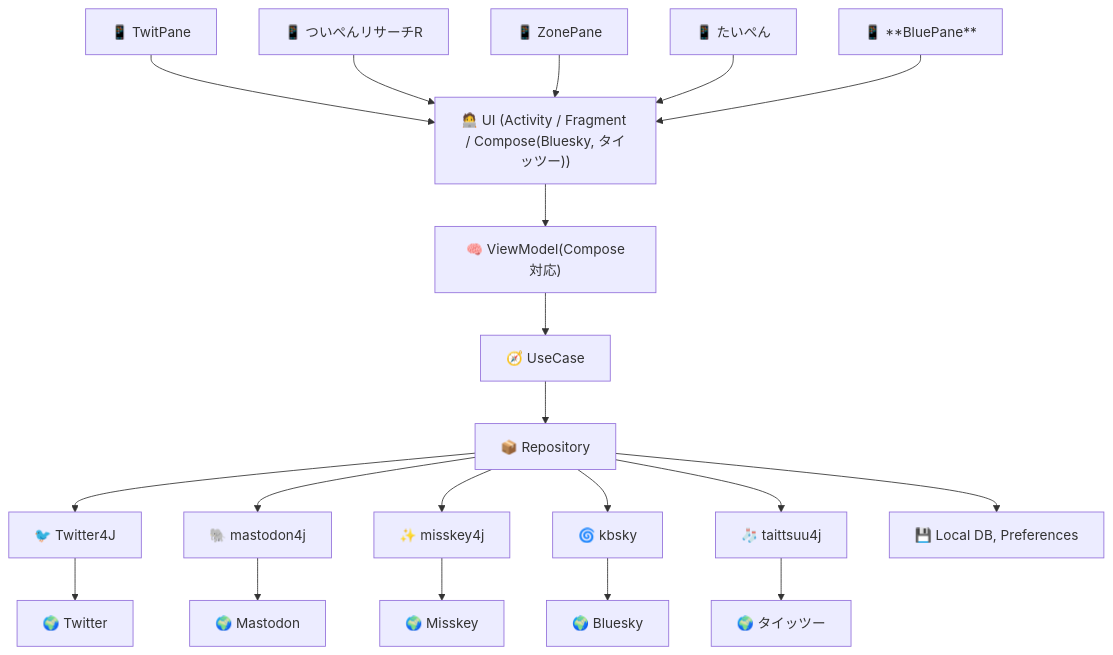
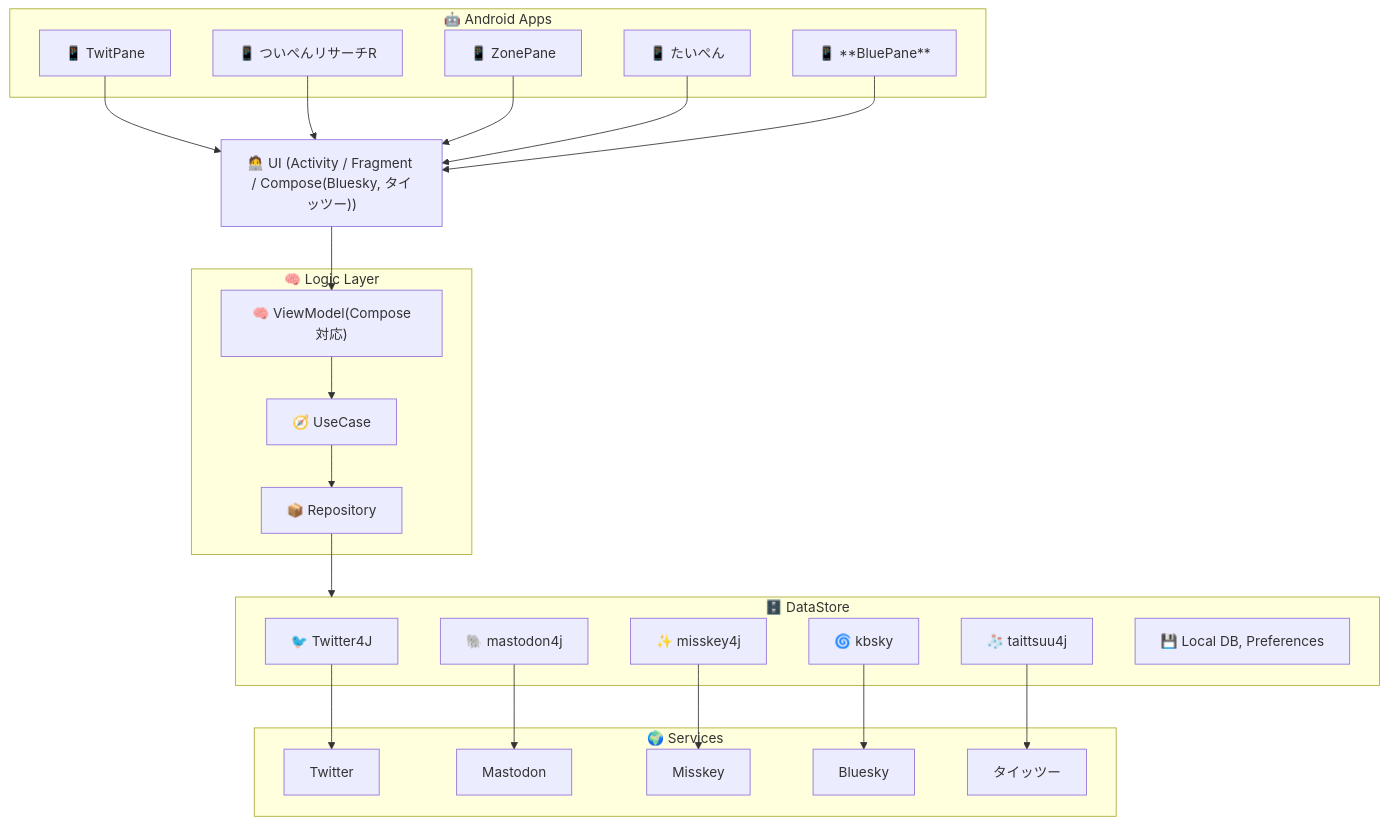
One commit to takke/mermaid_exam changed the second of 7 diagrams in twitpane.md. Above: the diagram before and after it, drawn with Mermaid. The commit also changed other lines of this file, not shown here.

````diff
--- a/twitpane.md
+++ b/twitpane.md
@@ -106,48 +104,60 @@
 ```mermaid
 flowchart TD
-  %% App Layer
-  TP["📱 TwitPane"]
-  TPR["📱 ついぺんリサーチR"]
-  ZP["📱 ZonePane"]
-  TAP["📱 たいぺん"]
-  BP["📱 **BluePane**"]
+  %% Android Apps subgraph
+  subgraph AAP["🤖 Android Apps"]
+    TP["📱 TwitPane"]
+    TPR["📱 ついぺんリサーチR"]
+    ZP["📱 ZonePane"]
+    TAP["📱 たいぺん"]
+    BP["📱 **BluePane**"]
+  end
 
-  %% UI, Logic Layer
+  %% UI Layer
   UI["🧑‍💻 UI (Activity / Fragment / Compose(Bluesky, タイッツー))"]
-  VM["🧠 ViewModel(Compose対応)"]
-  UC["🧭 UseCase"]
-  RP["📦 Repository"]
 
-  %% DataSource Layer
-  TW["🐦 Twitter4J"]
-  MA["🐘 mastodon4j"]
-  MI["✨ misskey4j"]
-  KB["🌀 kbsky"]
-  TT["🧦 taittsuu4j"]
-  DB["💾 Local DB, Preferences"]
+  %% Logic Layer subgraph
+  subgraph LG["🧠 Logic Layer"]
+    VM["🧠 ViewModel(Compose対応)"]
+    UC["🧭 UseCase"]
+    RP["📦 Repository"]
+  end
 
-  %% Service Layer
-  S_TW["🌍 Twitter"]
-  S_MA["🌍 Mastodon"]
-  S_MI["🌍 Misskey"]
-  S_KB["🌍 Bluesky"]
-  S_TT["🌍 タイッツー"]
+  %% DataSource subgraph
+  subgraph DS["🗄️ DataStore"]
+    TW["🐦 Twitter4J"]
+    MA["🐘 mastodon4j"]
+    MI["✨ misskey4j"]
+    KB["🌀 kbsky"]
+    TT["🧦 taittsuu4j"]
+    DB["💾 Local DB, Preferences"]
+  end
+
+  %% Service subgraph
+  subgraph SV["🌍 Services"]
+    S_TW["Twitter"]
+    S_MA["Mastodon"]
+    S_MI["Misskey"]
+    S_KB["Bluesky"]
+    S_TT["タイッツー"]
+  end
 
   %% App connections
   TP --> UI
   TPR --> UI
   ZP --> UI
   TAP --> UI
   BP --> UI
 
   %% UI to Logic
   UI --> VM --> UC --> RP
 
   %% Repository to DataSources
-  RP --> TW --> S_TW
-  RP --> MA --> S_MA
-  RP --> MI --> S_MI
-  RP --> KB --> S_KB
-  RP --> TT --> S_TT
-  RP --> DB
+  RP --> DS
+
+  %% DataStore to Services
+  TW --> S_TW
+  MA --> S_MA
+  MI --> S_MI
+  KB --> S_KB
+  TT --> S_TT
 ```
````
